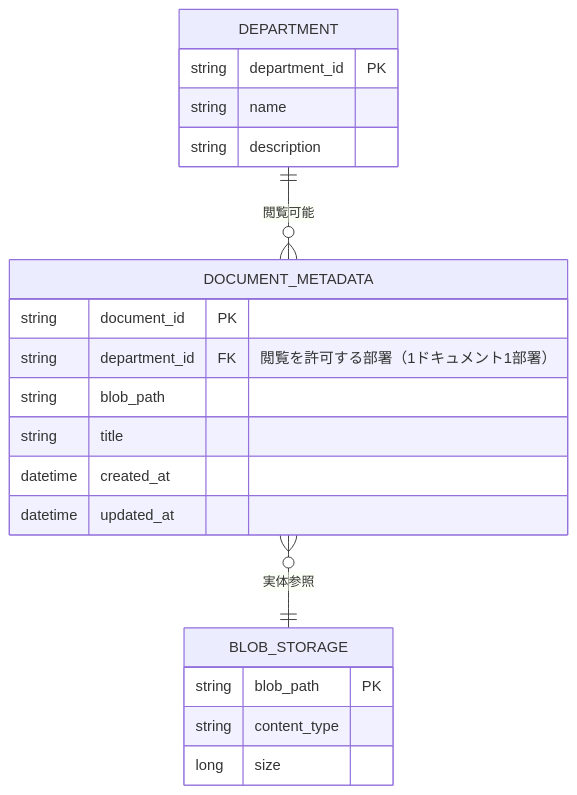
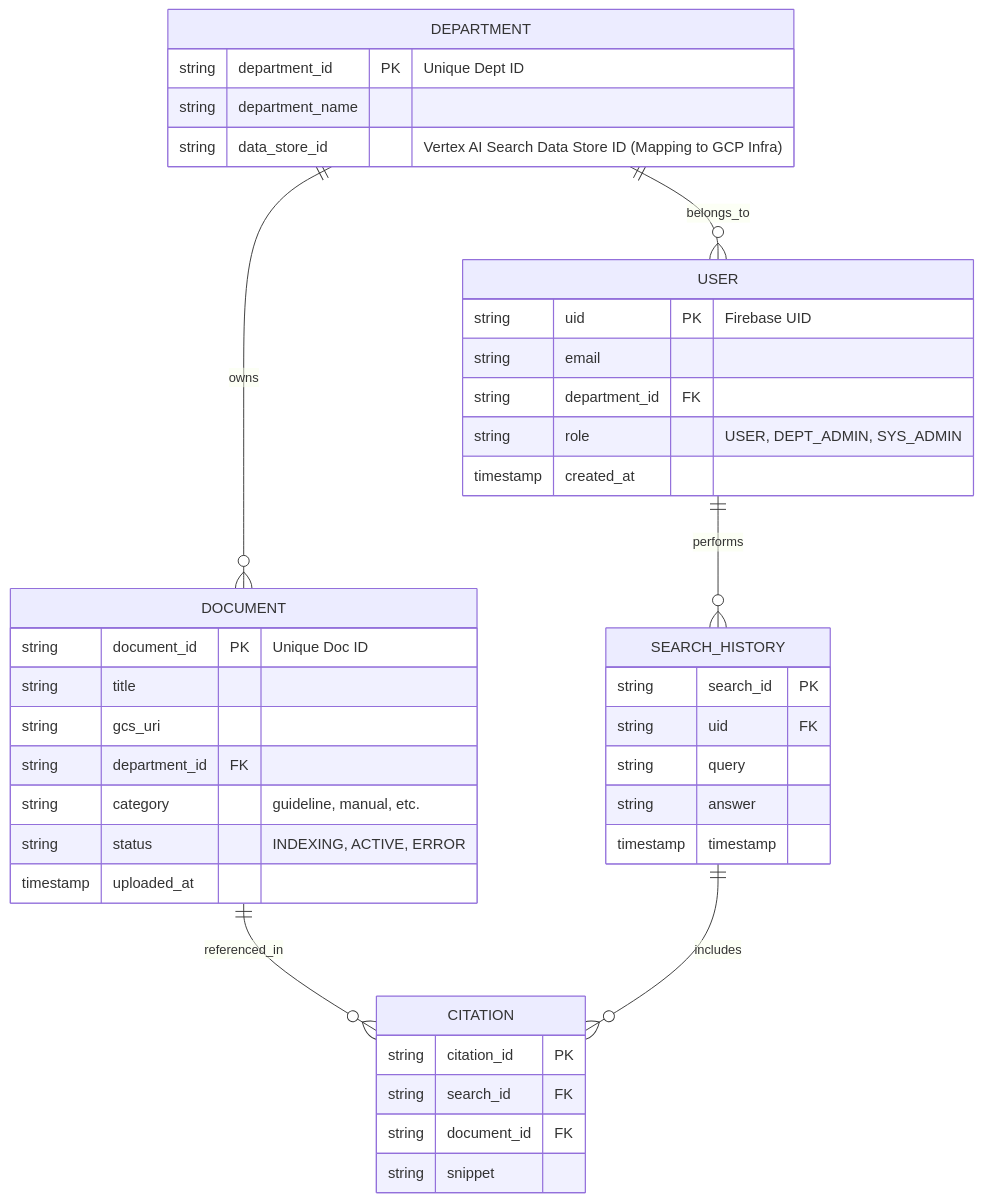
One commit to KoshiNakano1017/A4A changed the diagram in docs/system_dev/er_diagram_RAG_Application_Data_Model.md. Above: the diagram before and after it, drawn with Mermaid. The commit also changed other lines of this file and 82 other files, not shown here.

````diff
--- a/docs/system_dev/er_diagram_RAG_Application_Data_Model.md
+++ b/docs/system_dev/er_diagram_RAG_Application_Data_Model.md
@@ -7,26 +7,47 @@
 ```mermaid
 erDiagram
-    DEPARTMENT ||--o{ DOCUMENT_METADATA : "閲覧可能"
-    DOCUMENT_METADATA }o--|| BLOB_STORAGE : "実体参照"
+    DEPARTMENT ||--o{ USER : "belongs_to"
+    DEPARTMENT ||--o{ DOCUMENT : "owns"
+    USER ||--o{ SEARCH_HISTORY : "performs"
+    DOCUMENT ||--o{ CITATION : "referenced_in"
+    SEARCH_HISTORY ||--o{ CITATION : "includes"
+
+    USER {
+        string uid PK "Firebase UID"
+        string email
+        string department_id FK
+        string role "USER, DEPT_ADMIN, SYS_ADMIN"
+        timestamp created_at
+    }
 
     DEPARTMENT {
-        string department_id PK
-        string name
-        string description
+        string department_id PK "Unique Dept ID"
+        string department_name
+        string data_store_id "Vertex AI Search Data Store ID (Mapping to GCP Infra)"
     }
 
-    DOCUMENT_METADATA {
-        string document_id PK
-        string department_id FK "閲覧を許可する部署（1ドキュメント1部署）"
-        string blob_path
+    DOCUMENT {
+        string document_id PK "Unique Doc ID"
         string title
-        datetime created_at
-        datetime updated_at
+        string gcs_uri
+        string department_id FK
+        string category "guideline, manual, etc."
+        string status "INDEXING, ACTIVE, ERROR"
+        timestamp uploaded_at
     }
 
-    BLOB_STORAGE {
-        string blob_path PK
-        string content_type
-        long size
+    SEARCH_HISTORY {
+        string search_id PK
+        string uid FK
+        string query
+        string answer
+        timestamp timestamp
+    }
+
+    CITATION {
+        string citation_id PK
+        string search_id FK
+        string document_id FK
+        string snippet
     }
 ```
````
